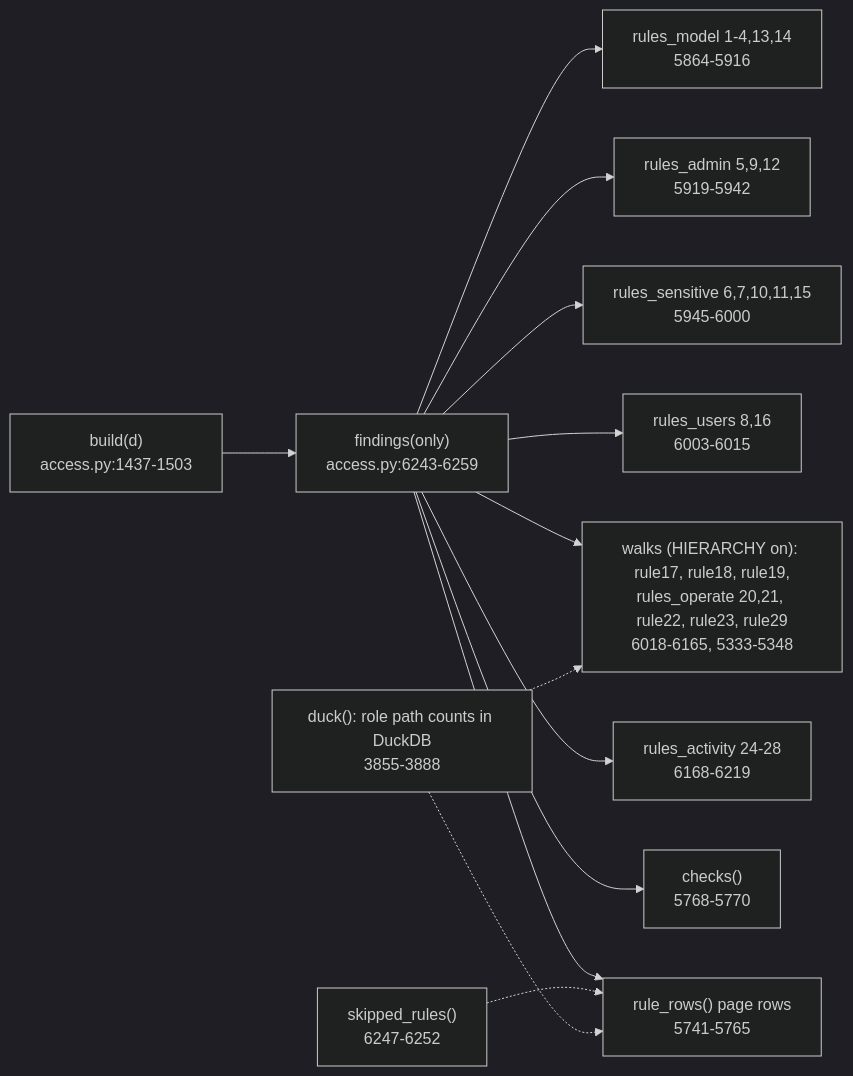
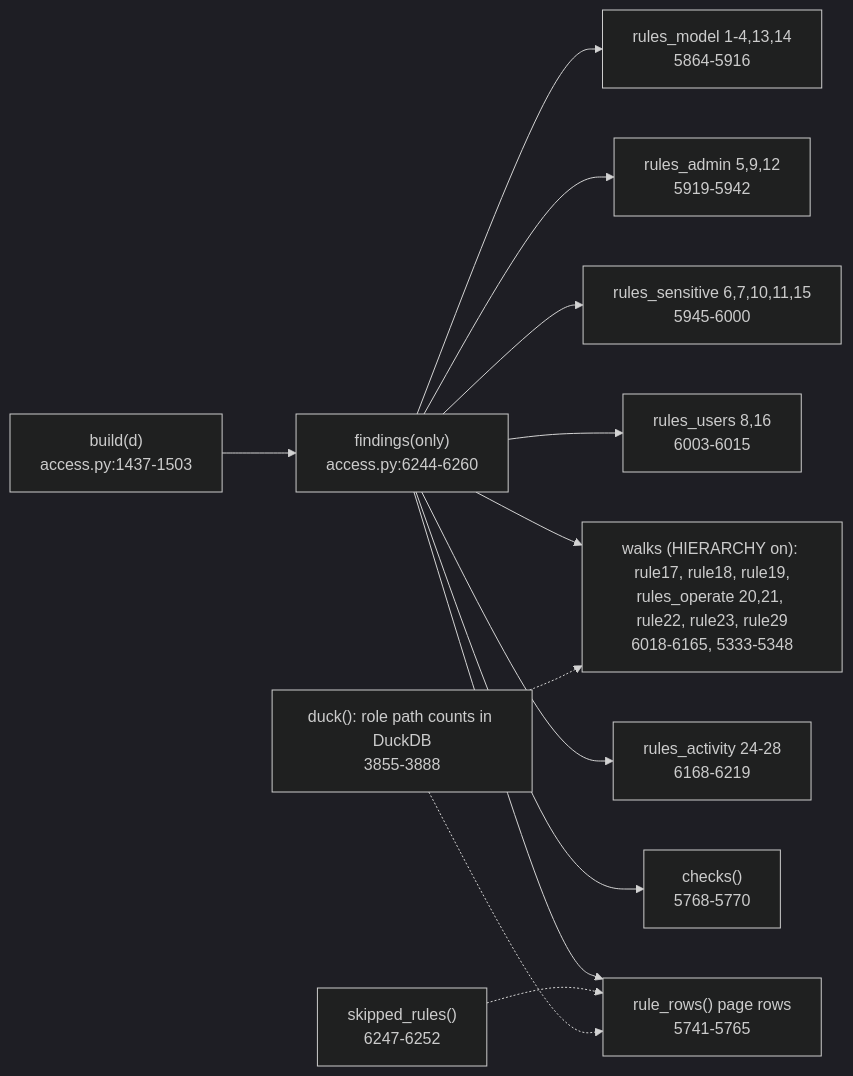
The diagram in snowflake-access-explorer-knowledge-graph/logic/rules.md (darshanmeel/snowflake-access-explorer), drawn with Mermaid (dark theme) before and after one commit. The commit also changed other lines of this file and 55 other files, not shown here.

Commit message:
Docs and knowledge graph: background refresh, saved reads, DuckDB rule walk, kept rule results; graph line refs re-synced

````diff
--- a/snowflake-access-explorer-knowledge-graph/logic/rules.md
+++ b/snowflake-access-explorer-knowledge-graph/logic/rules.md
@@ -6,15 +6,15 @@
 ```mermaid
 flowchart LR
-  B["build(d)<br/>access.py:1437-1503"] --> F["findings(only)<br/>access.py:6243-6259"]
+  B["build(d)<br/>access.py:1437-1503"] --> F["findings(only)<br/>access.py:6244-6260"]
   F --> M["rules_model 1-4,13,14<br/>5864-5916"]
   F --> A["rules_admin 5,9,12<br/>5919-5942"]
   F --> S["rules_sensitive 6,7,10,11,15<br/>5945-6000"]
   F --> U["rules_users 8,16<br/>6003-6015"]
   F --> W["walks (HIERARCHY on): rule17, rule18, rule19,<br/>rules_operate 20,21, rule22, rule23, rule29<br/>6018-6165, 5333-5348"]
   F --> RA["rules_activity 24-28<br/>6168-6219"]
   F --> C["checks()<br/>5768-5770"]
   F --> RR["rule_rows() page rows<br/>5741-5765"]
   K["skipped_rules()<br/>6247-6252"] -.-> RR
   D["duck(): role path counts in DuckDB<br/>3855-3888"] -.-> RR
   D -.-> W
 ```
````
